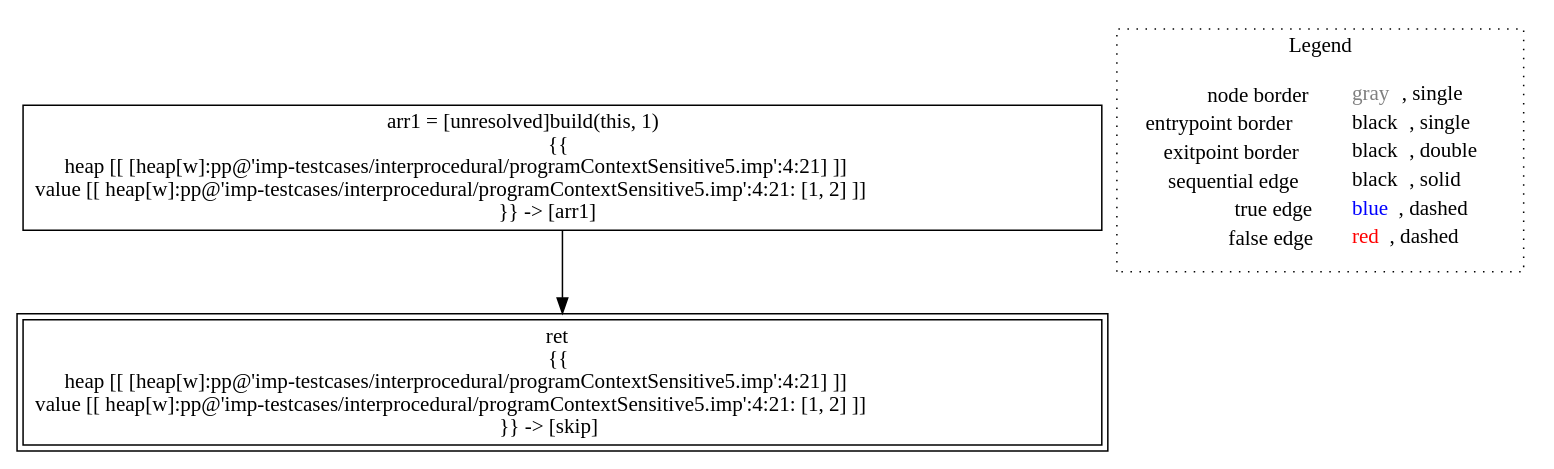
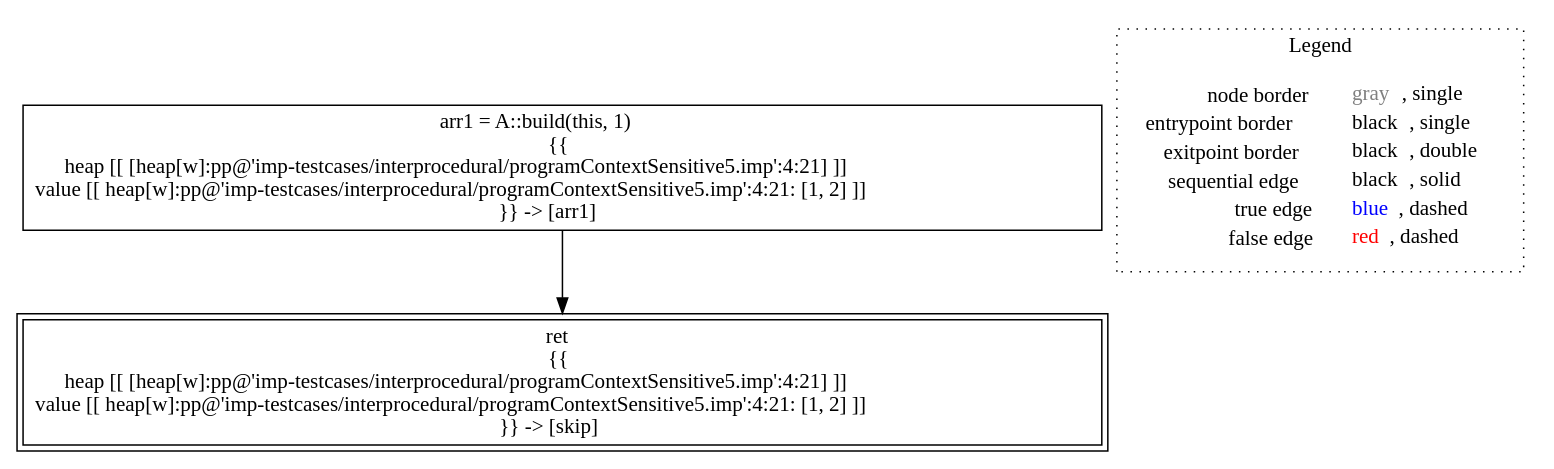
Before and after one commit to lisa-analyzer/lisa: the diagram in lisa/lisa-core/imp-testcases/interprocedural/RTAContextSensitive6/analysis___untyped_A.main(A_this).dot, drawn with Graphviz. The commit also changed 42 other files, not shown here.

```diff
--- a/lisa/lisa-core/imp-testcases/interprocedural/RTAContextSensitive6/analysis___untyped_A.main(A_this).dot
+++ b/lisa/lisa-core/imp-testcases/interprocedural/RTAContextSensitive6/analysis___untyped_A.main(A_this).dot
@@ -1,12 +1,12 @@
 digraph {
-	"node0" [shape="rect",color="black",label=<arr1 = [unresolved]build(this, 1)<BR/>{{<BR/>heap [[ [heap[w]:pp@'imp-testcases/interprocedural/programContextSensitive5.imp':4:21] ]]<BR/>value [[ heap[w]:pp@'imp-testcases/interprocedural/programContextSensitive5.imp':4:21: [1, 2] ]]<BR/>}} -&gt; [arr1]>];
+	"node0" [shape="rect",color="black",label=<arr1 = A::build(this, 1)<BR/>{{<BR/>heap [[ [heap[w]:pp@'imp-testcases/interprocedural/programContextSensitive5.imp':4:21] ]]<BR/>value [[ heap[w]:pp@'imp-testcases/interprocedural/programContextSensitive5.imp':4:21: [1, 2] ]]<BR/>}} -&gt; [arr1]>];
 	"node1" [shape="rect",color="black",peripheries="2",label=<ret<BR/>{{<BR/>heap [[ [heap[w]:pp@'imp-testcases/interprocedural/programContextSensitive5.imp':4:21] ]]<BR/>value [[ heap[w]:pp@'imp-testcases/interprocedural/programContextSensitive5.imp':4:21: [1, 2] ]]<BR/>}} -&gt; [skip]>];
 	"node0" -> "node1" [color="black"];
 subgraph cluster_legend {
 	label="Legend";
 	style=dotted;
 	node [shape=plaintext];
 	"legend" [label=<<table border="0" cellpadding="2" cellspacing="0" cellborder="0"><tr><td align="right">node border&nbsp;</td><td align="left"><font color="gray">gray</font>, single</td></tr><tr><td align="right">entrypoint border&nbsp;</td><td align="left"><font color="black">black</font>, single</td></tr><tr><td align="right">exitpoint border&nbsp;</td><td align="left"><font color="black">black</font>, double</td></tr><tr><td align="right">sequential edge&nbsp;</td><td align="left"><font color="black">black</font>, solid</td></tr><tr><td align="right">true edge&nbsp;</td><td align="left"><font color="blue">blue</font>, dashed</td></tr><tr><td align="right">false edge&nbsp;</td><td align="left"><font color="red">red</font>, dashed</td></tr></table>>];
 }
 
 }
```
